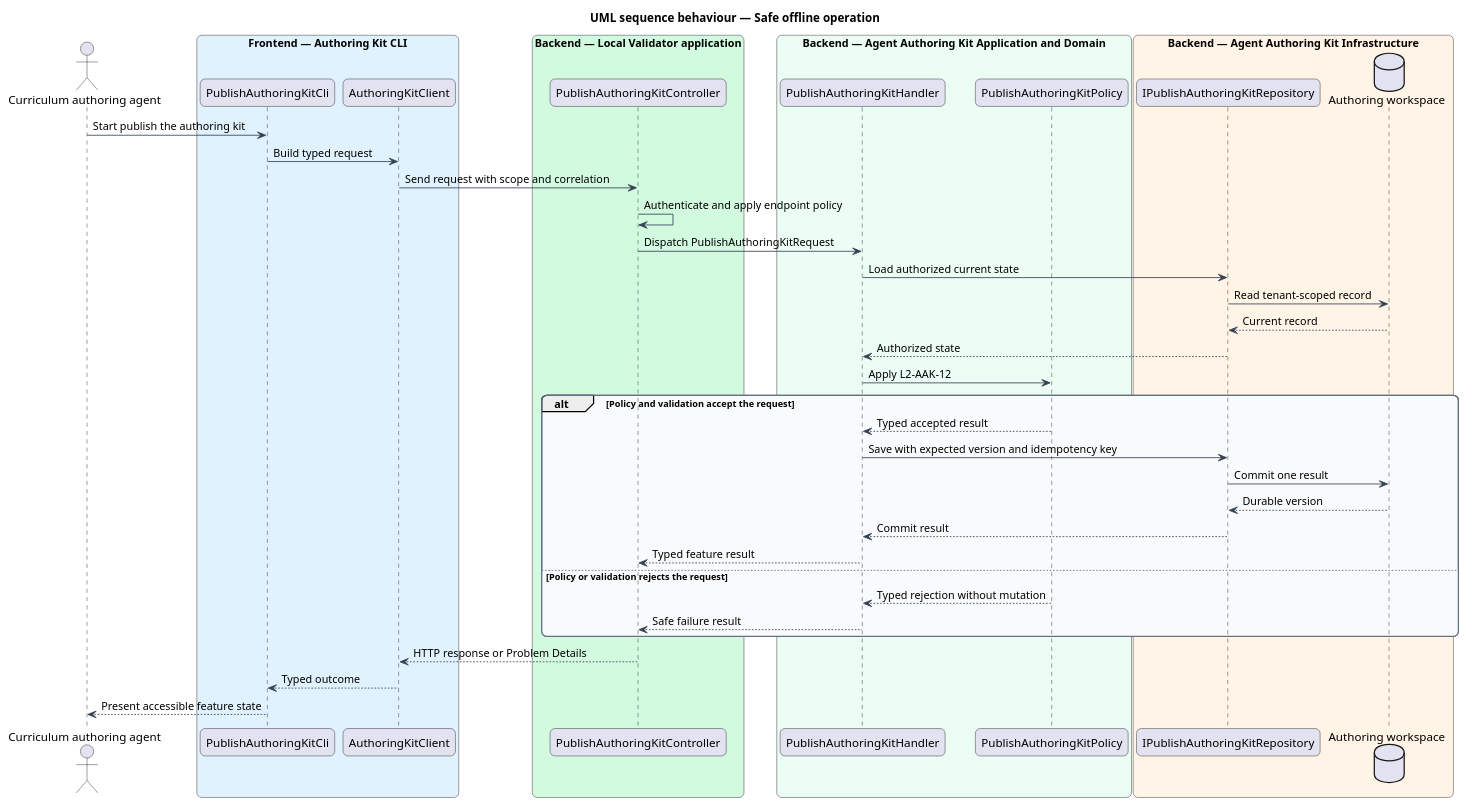
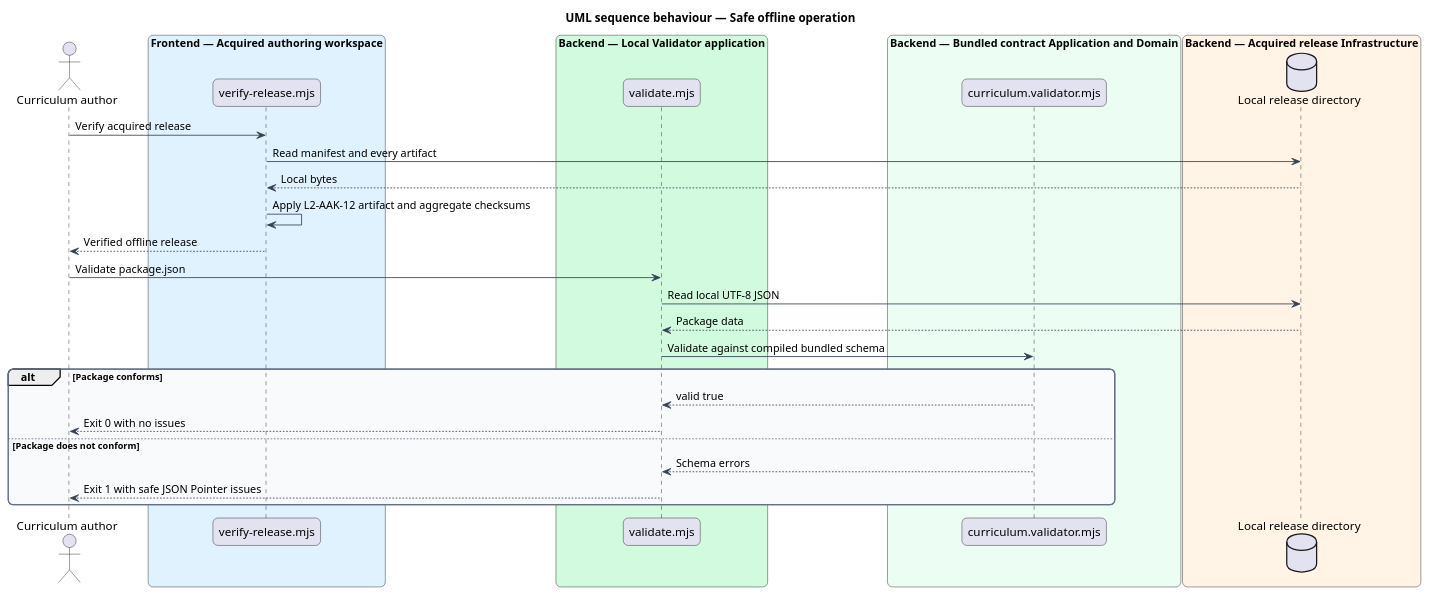
The diagram in docs/detailed-designs/03-agent-authoring-kit/publish-authoring-kit/diagrams/sequence-l2-aak-12.puml (QuinntyneBrown/RepoFluent), drawn with PlantUML before and after one commit. The commit also changed 56 other files, not shown here.

Commit message:
feat(authoring): publish offline authoring kit

```diff
--- a/docs/detailed-designs/03-agent-authoring-kit/publish-authoring-kit/diagrams/sequence-l2-aak-12.puml
+++ b/docs/detailed-designs/03-agent-authoring-kit/publish-authoring-kit/diagrams/sequence-l2-aak-12.puml
@@ -1,57 +1,47 @@
 @startuml
 title UML sequence behaviour — Safe offline operation
 skinparam backgroundColor #FFFFFF
 skinparam shadowing false
 skinparam roundcorner 12
 skinparam defaultFontName Arial
 skinparam ArrowColor #344054
 skinparam rectangle {
   BorderColor #344054
   FontColor #101828
 }
 skinparam package {
   BorderColor #667085
   FontColor #101828
   BackgroundColor #F9FAFB
 }
-actor "Curriculum authoring agent" as actor
-box "Frontend — Authoring Kit CLI" #E0F2FE
-  participant "PublishAuthoringKitCli" as entry
-  participant "AuthoringKitClient" as client
+actor "Curriculum author" as author
+box "Frontend — Acquired authoring workspace" #E0F2FE
+  participant "verify-release.mjs" as verifier
 end box
 box "Backend — Local Validator application" #D1FADF
-  participant "PublishAuthoringKitController" as controller
+  participant "validate.mjs" as command
 end box
-box "Backend — Agent Authoring Kit Application and Domain" #ECFDF3
-  participant "PublishAuthoringKitHandler" as handler
-  participant "PublishAuthoringKitPolicy" as policy
+box "Backend — Bundled contract Application and Domain" #ECFDF3
+  participant "curriculum.validator.mjs" as validator
 end box
-box "Backend — Agent Authoring Kit Infrastructure" #FFF4E5
-  participant "IPublishAuthoringKitRepository" as repository
-  database "Authoring workspace" as store
+box "Backend — Acquired release Infrastructure" #FFF4E5
+  database "Local release directory" as files
 end box
-actor -> entry : Start publish the authoring kit
-entry -> client : Build typed request
-client -> controller : Send request with scope and correlation
-controller -> controller : Authenticate and apply endpoint policy
-controller -> handler : Dispatch PublishAuthoringKitRequest
-handler -> repository : Load authorized current state
-repository -> store : Read tenant-scoped record
-store --> repository : Current record
-repository --> handler : Authorized state
-handler -> policy : Apply L2-AAK-12
-alt Policy and validation accept the request
-  policy --> handler : Typed accepted result
-  handler -> repository : Save with expected version and idempotency key
-  repository -> store : Commit one result
-  store --> repository : Durable version
-  repository --> handler : Commit result
-  handler --> controller : Typed feature result
-else Policy or validation rejects the request
-  policy --> handler : Typed rejection without mutation
-  handler --> controller : Safe failure result
+
+author -> verifier : Verify acquired release
+verifier -> files : Read manifest and every artifact
+files --> verifier : Local bytes
+verifier -> verifier : Apply L2-AAK-12 artifact and aggregate checksums
+verifier --> author : Verified offline release
+author -> command : Validate package.json
+command -> files : Read local UTF-8 JSON
+files --> command : Package data
+command -> validator : Validate against compiled bundled schema
+alt Package conforms
+  validator --> command : valid true
+  command --> author : Exit 0 with no issues
+else Package does not conform
+  validator --> command : Schema errors
+  command --> author : Exit 1 with safe JSON Pointer issues
 end
-controller --> client : HTTP response or Problem Details
-client --> entry : Typed outcome
-entry --> actor : Present accessible feature state
 @enduml
```
